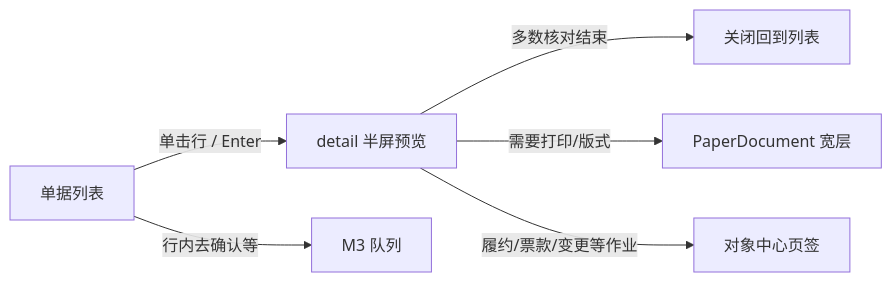
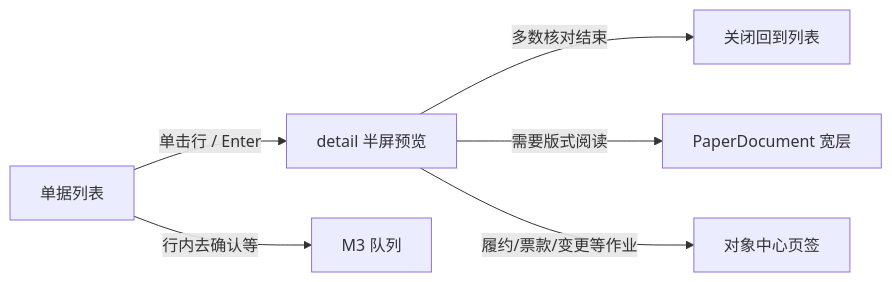
One commit to mztlive/erp changed the first of 5 diagrams in docs/erp-ui-flows.md. Above: the diagram before and after it, drawn with Mermaid. The commit also changed other lines of this file and 12 other files, not shown here.

````diff
--- a/docs/erp-ui-flows.md
+++ b/docs/erp-ui-flows.md
@@ -28,8 +29,8 @@
 ```mermaid
 flowchart LR
   List[单据列表] -->|单击行 / Enter| Detail[detail 半屏预览]
   Detail -->|多数核对结束| Done[关闭回到列表]
-  Detail -->|需要打印/版式| Paper[PaperDocument 宽层]
+  Detail -->|需要版式阅读| Paper[PaperDocument 宽层]
   Detail -->|履约/票款/变更等作业| Center[对象中心页签]
   List -->|行内去确认等| Queue[M3 队列]
 ```
````
